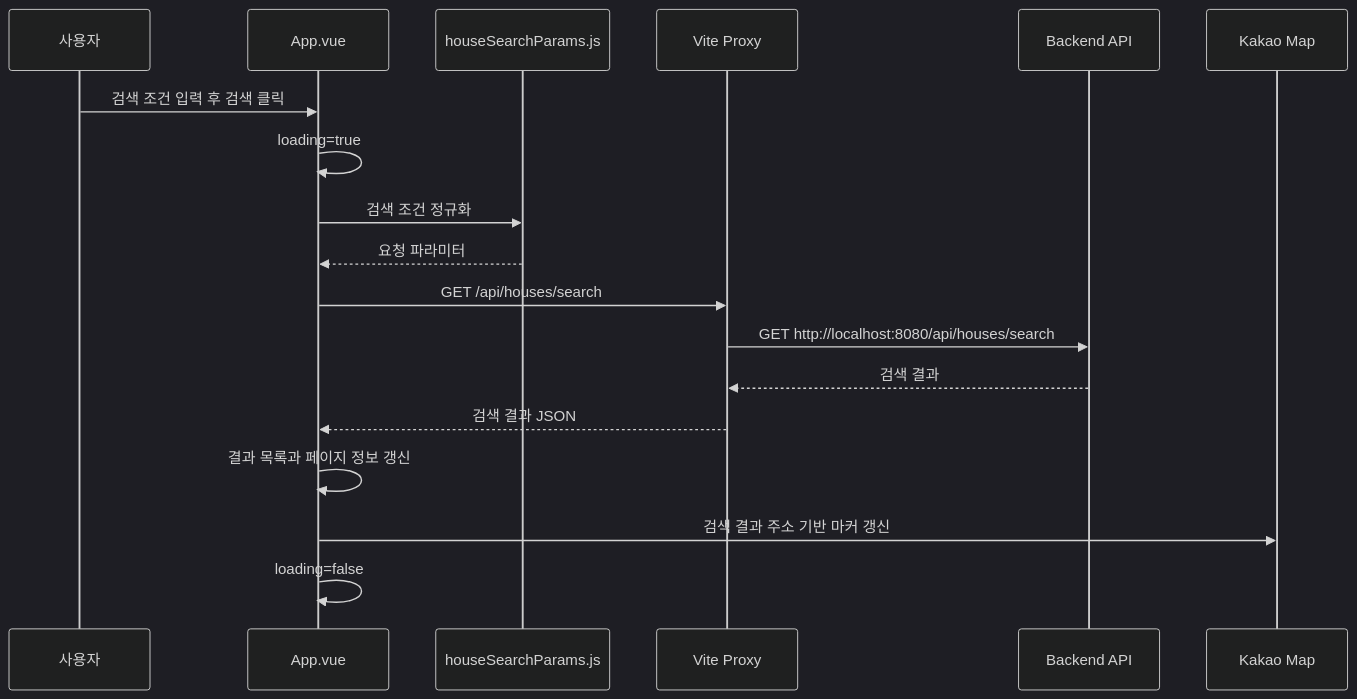
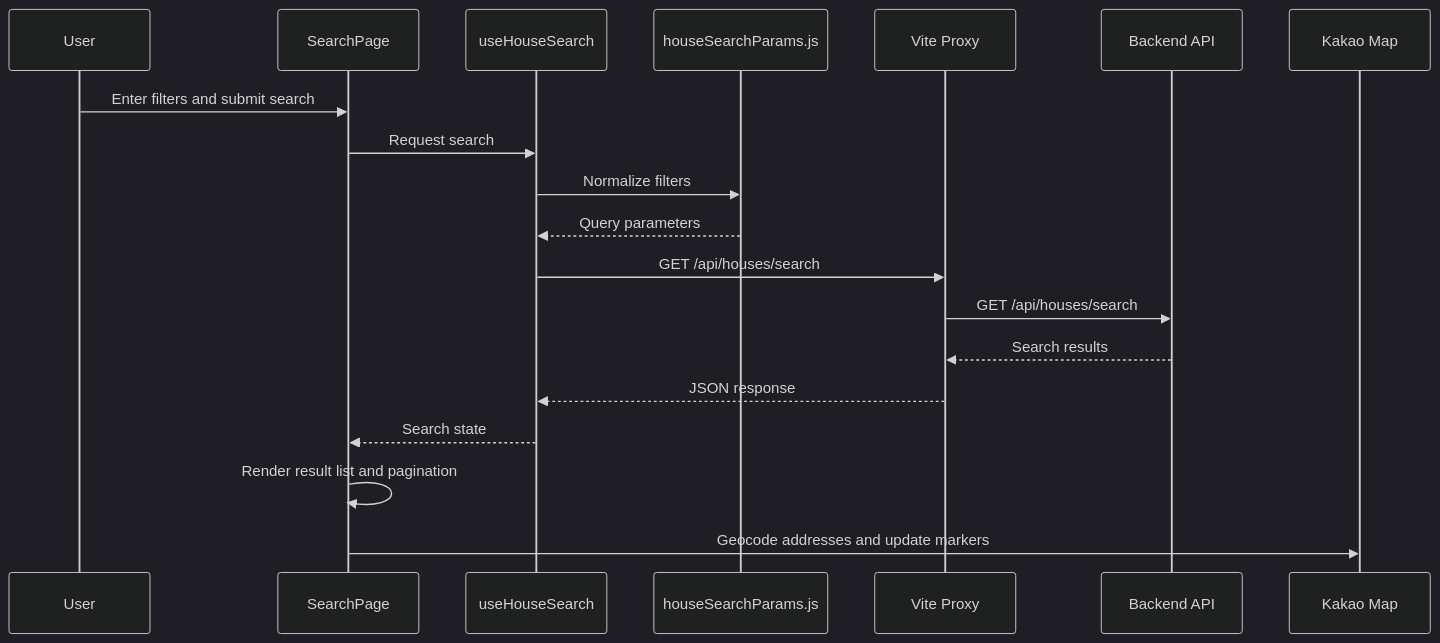
The diagram in Frontend/README.md (cmsik1/no-home), drawn with Mermaid (dark theme) before and after one commit. The commit also changed other lines of this file and 211 other files, not shown here.

````diff
--- a/Frontend/README.md
+++ b/Frontend/README.md
@@ -92,21 +70,22 @@
 ```mermaid
 sequenceDiagram
-  participant User as 사용자
-  participant App as App.vue
+  participant User as User
+  participant Page as SearchPage
+  participant Hook as useHouseSearch
   participant Params as houseSearchParams.js
   participant Vite as Vite Proxy
   participant API as Backend API
   participant Map as Kakao Map
 
-  User->>App: 검색 조건 입력 후 검색 클릭
-  App->>App: loading=true
-  App->>Params: 검색 조건 정규화
-  Params-->>App: 요청 파라미터
-  App->>Vite: GET /api/houses/search
-  Vite->>API: GET http://localhost:8080/api/houses/search
-  API-->>Vite: 검색 결과
-  Vite-->>App: 검색 결과 JSON
-  App->>App: 결과 목록과 페이지 정보 갱신
-  App->>Map: 검색 결과 주소 기반 마커 갱신
-  App->>App: loading=false
+  User->>Page: Enter filters and submit search
+  Page->>Hook: Request search
+  Hook->>Params: Normalize filters
+  Params-->>Hook: Query parameters
+  Hook->>Vite: GET /api/houses/search
+  Vite->>API: GET /api/houses/search
+  API-->>Vite: Search results
+  Vite-->>Hook: JSON response
+  Hook-->>Page: Search state
+  Page->>Page: Render result list and pagination
+  Page->>Map: Geocode addresses and update markers
 ```
````
